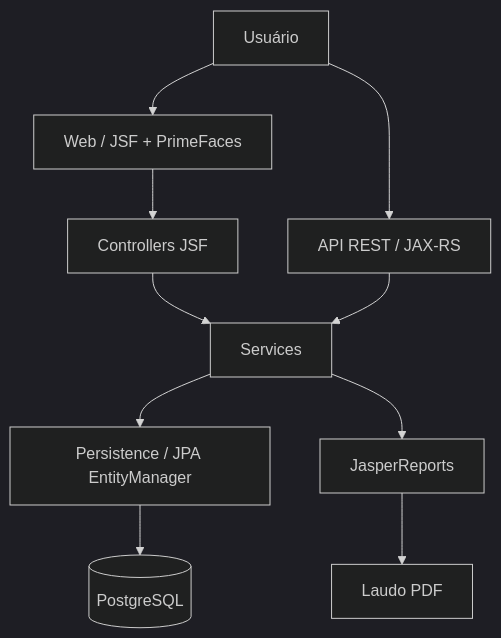
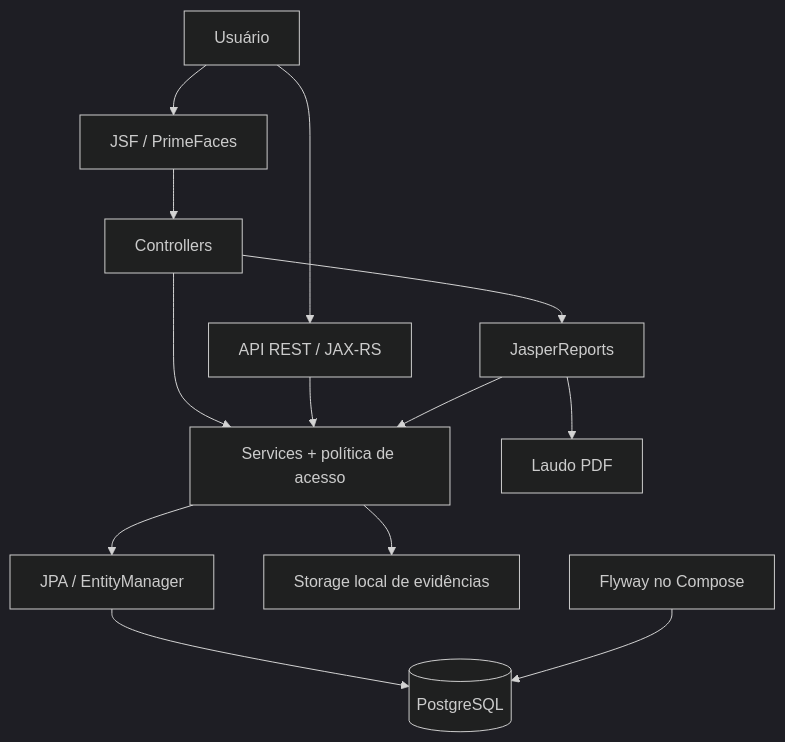
Before and after one commit to joao-juvino/ObraSync: the first of 2 diagrams in README.md, drawn with Mermaid (dark theme). The commit also changed other lines of this file and 8 other files, not shown here.

````diff
--- a/README.md
+++ b/README.md
@@ -55,12 +39,15 @@
 ```mermaid
 flowchart TD
-    U[Usuário] --> W[Web / JSF + PrimeFaces]
+    U[Usuário] --> W[JSF / PrimeFaces]
     U --> R[API REST / JAX-RS]
-    W --> C[Controllers JSF]
-    C --> S[Services]
+    W --> C[Controllers]
+    C --> S[Services + política de acesso]
     R --> S
-    S --> P[Persistence / JPA EntityManager]
-    P --> DB[(PostgreSQL)]
-    S --> J[JasperReports]
-    J --> PDF[Laudo PDF]
+    S --> J[JPA / EntityManager]
+    J --> DB[(PostgreSQL)]
+    S --> F[Storage local de evidências]
+    C --> L[JasperReports]
+    L --> S
+    L --> PDF[Laudo PDF]
+    M[Flyway no Compose] --> DB
 ```
````
